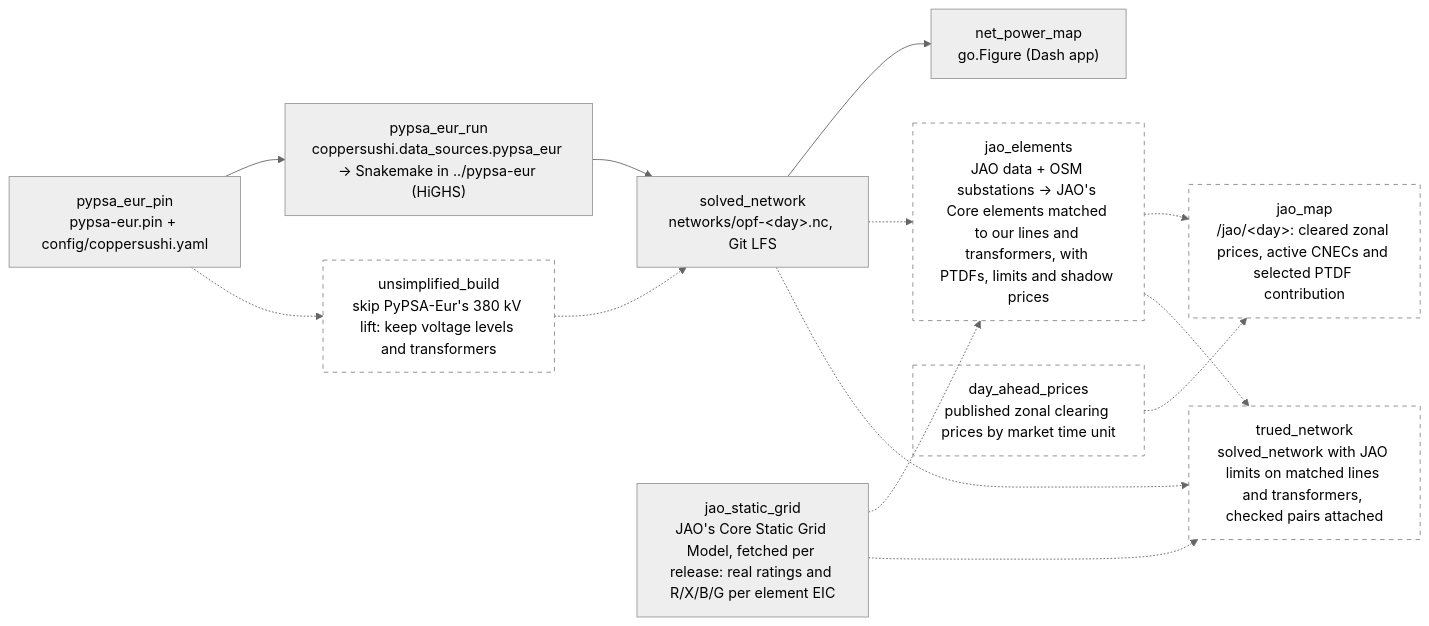
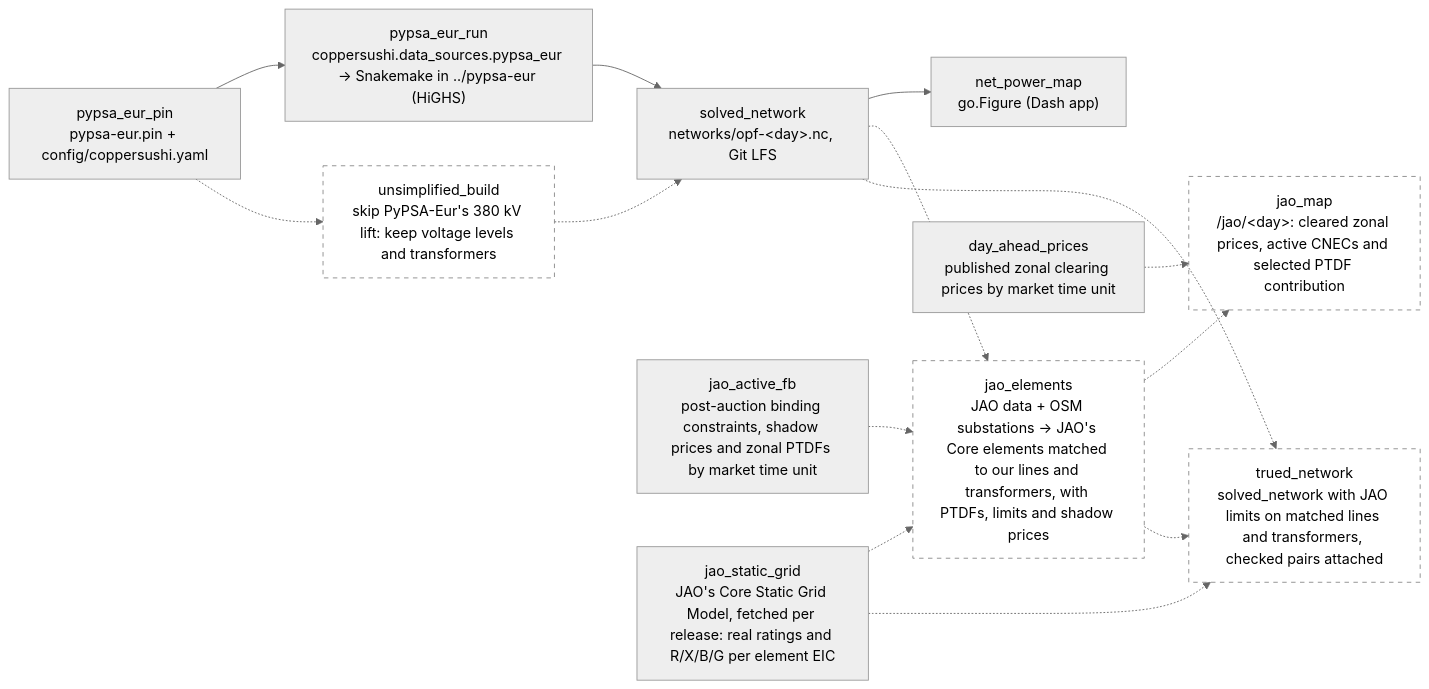
Before and after one commit to zoltanmaric/coppersushi: the diagram in wiki/sushi-2.md, drawn with Mermaid (neutral theme). The commit also changed 16 other files, not shown here.

Commit message:
Load active constraints and cleared zonal prices

````diff
--- a/wiki/sushi-2.md
+++ b/wiki/sushi-2.md
@@ -16,31 +16,33 @@
 ```mermaid
 flowchart LR
     classDef planned stroke-dasharray: 5 5,stroke:#888,fill:none
 
     net_power_map["net_power_map<br/>go.Figure (Dash app)"]
 
     pypsa_eur_pin["pypsa_eur_pin<br/>pypsa-eur.pin + config/coppersushi.yaml"]
     pypsa_eur_run["pypsa_eur_run<br/>coppersushi.data_sources.pypsa_eur → Snakemake in ../pypsa-eur (HiGHS)"]
     solved_network["solved_network<br/>networks/opf-&lt;day&gt;.nc, Git LFS"]
+    jao_active_fb["jao_active_fb<br/>post-auction binding constraints, shadow prices and zonal PTDFs by market time unit"]
 
     jao_static_grid["jao_static_grid<br/>JAO's Core Static Grid Model, fetched per release: real ratings and R/X/B/G per element EIC"]
 
     unsimplified["unsimplified_build<br/>skip PyPSA-Eur's 380 kV lift: keep voltage levels and transformers"]:::planned
     jao_elements["jao_elements<br/>JAO data + OSM substations → JAO's Core elements matched to our lines and transformers, with PTDFs, limits and shadow prices"]:::planned
-    day_ahead_prices["day_ahead_prices<br/>published zonal clearing prices by market time unit"]:::planned
+    day_ahead_prices["day_ahead_prices<br/>published zonal clearing prices by market time unit"]
     jao_map["jao_map<br/>/jao/&lt;day&gt;: cleared zonal prices, active CNECs and selected PTDF contribution"]:::planned
     trued_network["trued_network<br/>solved_network with JAO limits on matched lines and transformers, checked pairs attached"]:::planned
 
     pypsa_eur_pin --> pypsa_eur_run
     pypsa_eur_pin -.-> unsimplified
     unsimplified -.-> solved_network
     pypsa_eur_run --> solved_network
     solved_network --> net_power_map
     solved_network -.-> jao_elements
     jao_static_grid -.-> jao_elements
     jao_static_grid -.-> trued_network
+    jao_active_fb -.-> jao_elements
     jao_elements -.-> jao_map
     day_ahead_prices -.-> jao_map
     jao_elements -.-> trued_network
     solved_network -.-> trued_network
 ```
````
